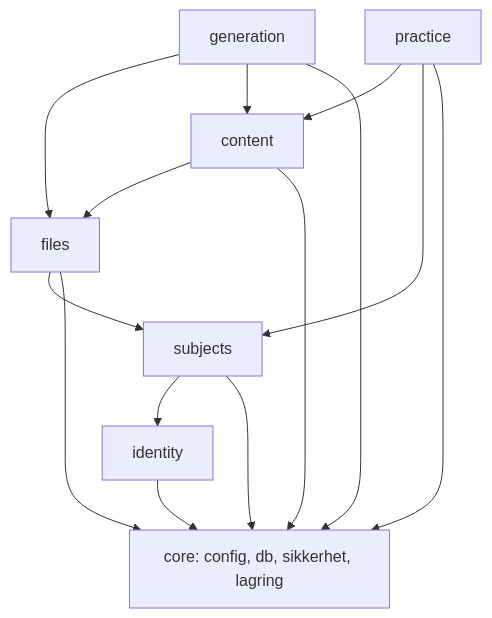
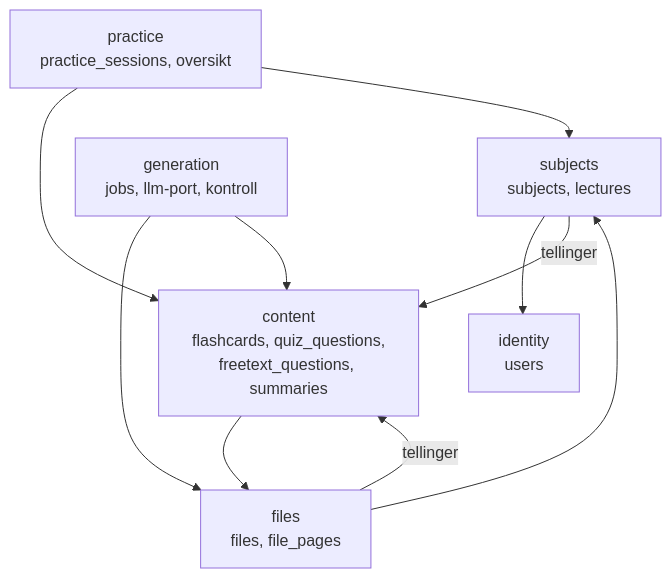
One commit to IBE160-2026/G91-vikvald changed the second of 4 diagrams in _bmad-output/planning-artifacts/architecture/architecture-G91-vikvald-2026-11-14/ARCHITECTURE-SPINE.md. Above: the diagram before and after it, drawn with Mermaid. The commit also changed other lines of this file and 1 other file, not shown here.

````diff
--- a/_bmad-output/planning-artifacts/architecture/architecture-G91-vikvald-2026-11-14/ARCHITECTURE-SPINE.md
+++ b/_bmad-output/planning-artifacts/architecture/architecture-G91-vikvald-2026-11-14/ARCHITECTURE-SPINE.md
@@ -42,18 +42,18 @@
 ```mermaid
 flowchart TD
-  identity
+  identity["identity<br/>users"]
+  subjects["subjects<br/>subjects, lectures"]
+  files["files<br/>files, file_pages"]
+  content["content<br/>flashcards, quiz_questions,<br/>freetext_questions, summaries"]
+  generation["generation<br/>jobs, llm-port, kontroll"]
+  practice["practice<br/>practice_sessions, oversikt"]
   subjects --> identity
   files --> subjects
+  content --> files
   generation --> files
   generation --> content
-  content --> files
   practice --> content
   practice --> subjects
-  core[core: config, db, sikkerhet, lagring] 
-  identity --> core
-  subjects --> core
-  files --> core
-  generation --> core
-  content --> core
-  practice --> core
+  subjects -->|tellinger| content
+  files -->|tellinger| content
 ```
````
